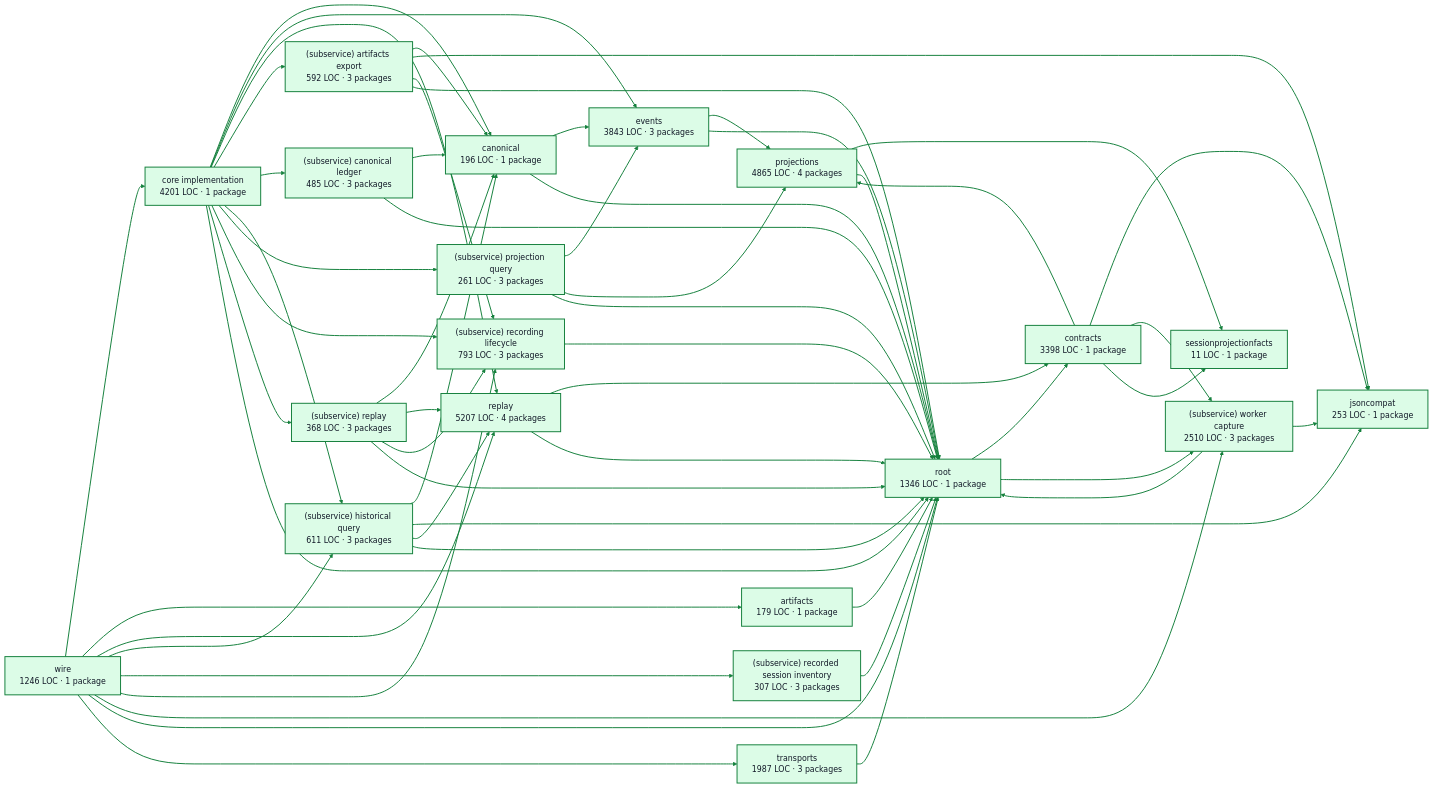
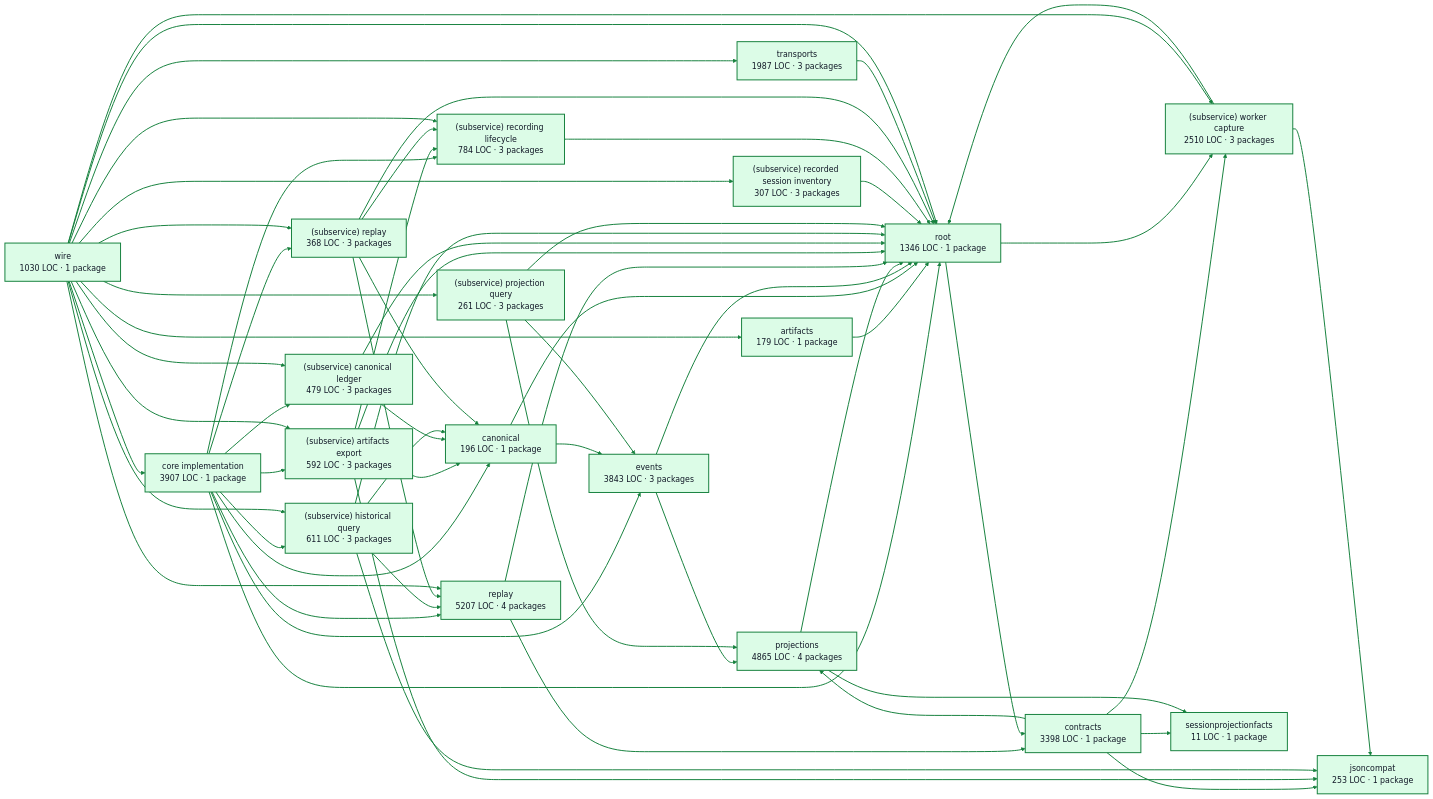
The diagram in docs/architecture/visualizations/services/recordings.md (portpowered/you-agent-factory), drawn with Mermaid before and after one commit. The commit also changed other lines of this file and 20 other files, not shown here.

Commit message:
docs: refresh backend architecture visualizations

````diff
--- a/docs/architecture/visualizations/services/recordings.md
+++ b/docs/architecture/visualizations/services/recordings.md
@@ -11,6 +11,6 @@
 ```mermaid
 flowchart LR
-  p0["core implementation<br/>4201 LOC · 1 package"]
+  p0["core implementation<br/>3907 LOC · 1 package"]
   p1["artifacts<br/>179 LOC · 1 package"]
   p2["canonical<br/>196 LOC · 1 package"]
   p3["contracts<br/>3398 LOC · 1 package"]
@@ -19,24 +19,23 @@
   p6["projections<br/>4865 LOC · 4 packages"]
   p7["replay<br/>5207 LOC · 4 packages"]
   p8["(subservice) artifacts export<br/>592 LOC · 3 packages"]
-  p9["(subservice) canonical ledger<br/>485 LOC · 3 packages"]
+  p9["(subservice) canonical ledger<br/>479 LOC · 3 packages"]
   p10["(subservice) historical query<br/>611 LOC · 3 packages"]
   p11["(subservice) projection query<br/>261 LOC · 3 packages"]
   p12["(subservice) recorded session inventory<br/>307 LOC · 3 packages"]
-  p13["(subservice) recording lifecycle<br/>793 LOC · 3 packages"]
+  p13["(subservice) recording lifecycle<br/>784 LOC · 3 packages"]
   p14["(subservice) replay<br/>368 LOC · 3 packages"]
   p15["(subservice) worker capture<br/>2510 LOC · 3 packages"]
   p16["sessionprojectionfacts<br/>11 LOC · 1 package"]
   p17["root<br/>1346 LOC · 1 package"]
   p18["transports<br/>1987 LOC · 3 packages"]
-  p19["wire<br/>1246 LOC · 1 package"]
+  p19["wire<br/>1030 LOC · 1 package"]
   p0 --> p2
   p0 --> p4
   p0 --> p7
   p0 --> p8
   p0 --> p9
   p0 --> p10
-  p0 --> p11
   p0 --> p13
   p0 --> p14
   p0 --> p17
@@ -80,9 +79,13 @@
   p19 --> p0
   p19 --> p1
   p19 --> p7
+  p19 --> p8
+  p19 --> p9
   p19 --> p10
+  p19 --> p11
   p19 --> p12
   p19 --> p13
+  p19 --> p14
   p19 --> p15
   p19 --> p17
   p19 --> p18
````
